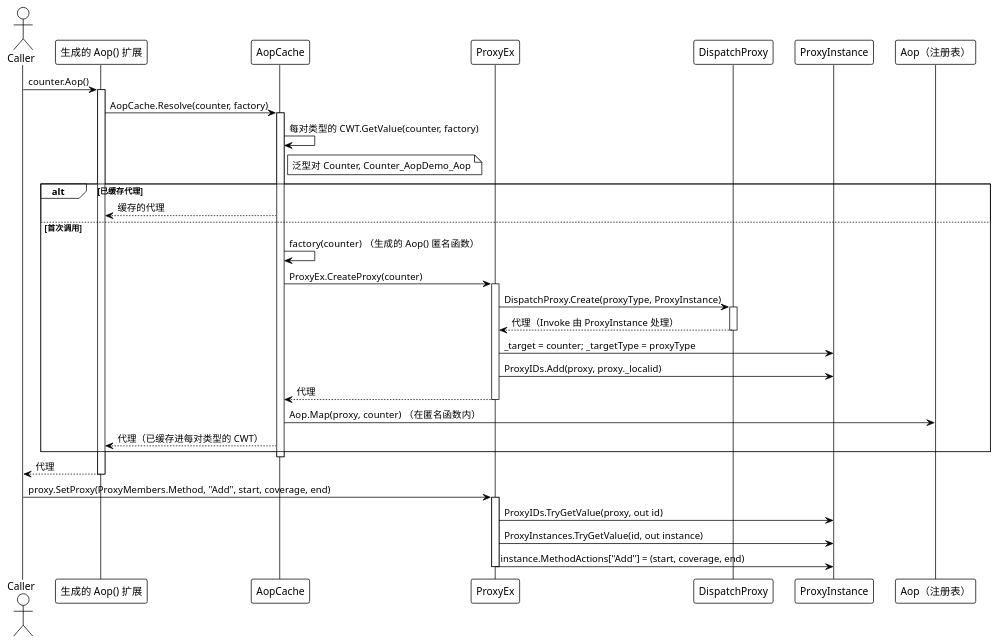
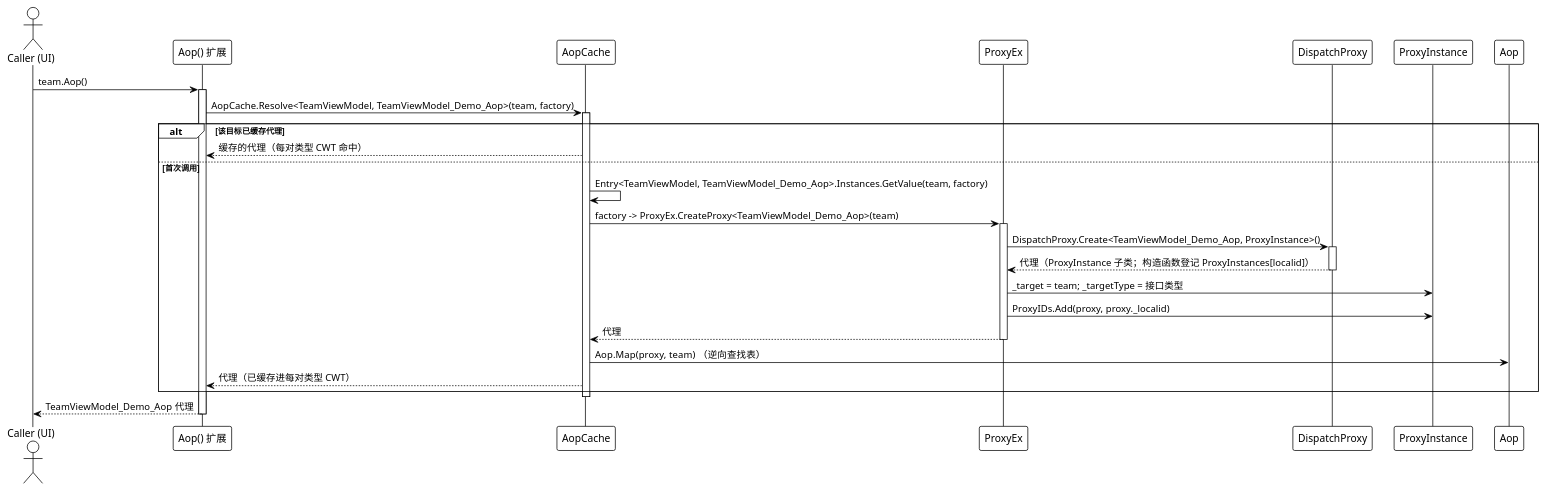
Before and after one commit to Axvser/VeloxDev.Docs: the first of 2 diagrams in src/CloudGlyph/Assets/Docs/content/zh/3_SE分析/03_数据流分析/05_AOP/index.md, drawn with PlantUML. The commit also changed other lines of this file and 443 other files, not shown here.

````diff
--- a/src/CloudGlyph/Assets/Docs/content/zh/3_SE分析/03_数据流分析/05_AOP/index.md
+++ b/src/CloudGlyph/Assets/Docs/content/zh/3_SE分析/03_数据流分析/05_AOP/index.md
@@ -5,48 +9,42 @@
 ```plantuml
 @startuml
 !theme plain
 
-actor Caller as C
-participant "生成的 Aop() 扩展" as E
+actor "Caller (UI)" as C
+participant "Aop() 扩展" as E
 participant "AopCache" as AC
 participant "ProxyEx" as PX
 participant "DispatchProxy" as DP
 participant "ProxyInstance" as PI
-participant "Aop（注册表）" as AO
+participant "Aop" as AO
 
-C -> E: counter.Aop()
+C -> E: team.Aop()
 activate E
-E -> AC: AopCache.Resolve(counter, factory)
+
+E -> AC: AopCache.Resolve<TeamViewModel, TeamViewModel_Demo_Aop>(team, factory)
 activate AC
-AC -> AC: 每对类型的 CWT.GetValue(counter, factory)
-note right of AC: 泛型对 Counter, Counter_AopDemo_Aop
-alt 已缓存代理
-    AC --> E: 缓存的代理
+
+alt 该目标已缓存代理
+    AC --> E: 缓存的代理（每对类型 CWT 命中）
 else 首次调用
-    AC -> AC: factory(counter)  （生成的 Aop() 匿名函数）
-    AC -> PX: ProxyEx.CreateProxy(counter)
+    AC -> AC: Entry<TeamViewModel, TeamViewModel_Demo_Aop>.Instances.GetValue(team, factory)
+    AC -> PX: factory -> ProxyEx.CreateProxy<TeamViewModel_Demo_Aop>(team)
     activate PX
-    PX -> DP: DispatchProxy.Create(proxyType, ProxyInstance)
+    PX -> DP: DispatchProxy.Create<TeamViewModel_Demo_Aop, ProxyInstance>()
     activate DP
-    DP --> PX: 代理（Invoke 由 ProxyInstance 处理）
+    DP --> PX: 代理（ProxyInstance 子类；构造函数登记 ProxyInstances[localid]）
     deactivate DP
-    PX -> PI: _target = counter; _targetType = proxyType
+    PX -> PI: _target = team; _targetType = 接口类型
     PX -> PI: ProxyIDs.Add(proxy, proxy._localid)
     PX --> AC: 代理
     deactivate PX
-    AC -> AO: Aop.Map(proxy, counter)  （在匿名函数内）
-    AC --> E: 代理（已缓存进每对类型的 CWT）
+    AC -> AO: Aop.Map(proxy, team)  （逆向查找表）
+    AC --> E: 代理（已缓存进每对类型 CWT）
 end
+
 deactivate AC
-E --> C: 代理
+E --> C: TeamViewModel_Demo_Aop 代理
 deactivate E
-
-C -> PX: proxy.SetProxy(ProxyMembers.Method, "Add", start, coverage, end)
-activate PX
-PX -> PI: ProxyIDs.TryGetValue(proxy, out id)
-PX -> PI: ProxyInstances.TryGetValue(id, out instance)
-PX -> PI: instance.MethodActions["Add"] = (start, coverage, end)
-deactivate PX
 
 @enduml
 ```
````
